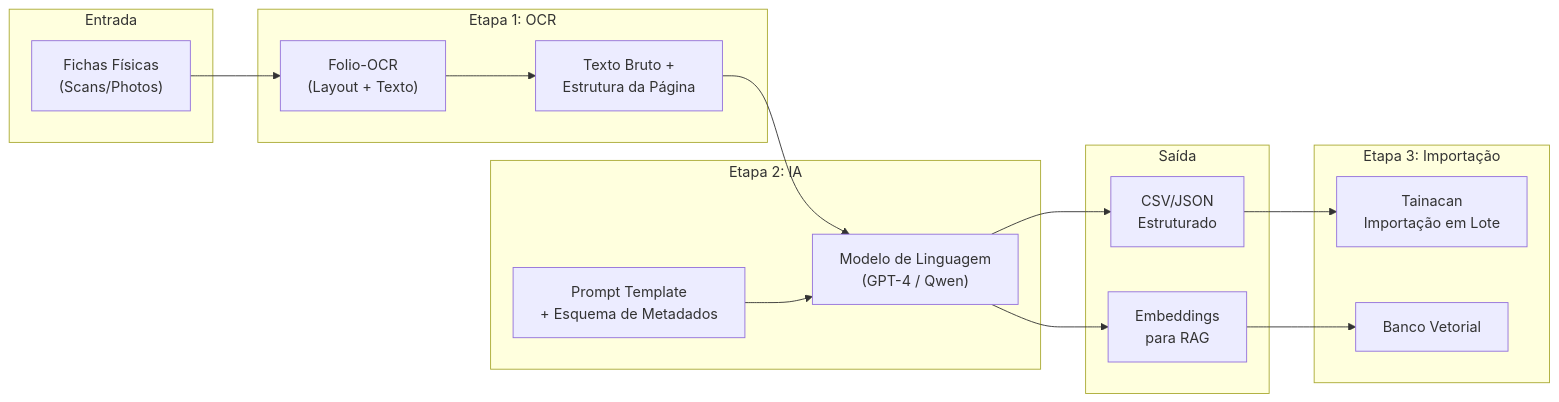
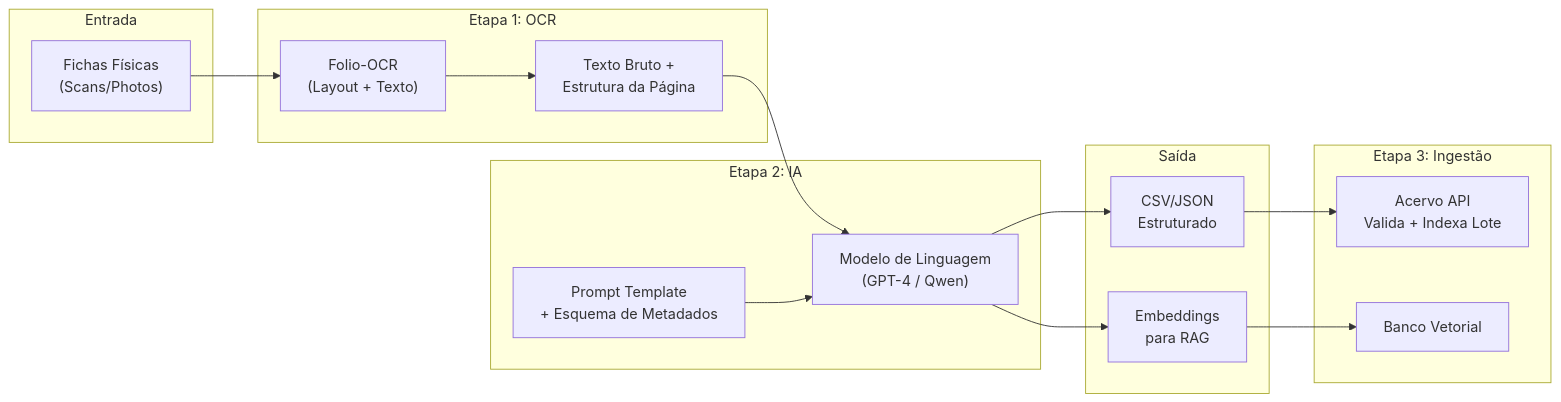
The second of 4 diagrams in docs/Musa_design document_technical-specs_v1.1.md (Agua-Games/Musa_app-service), drawn with Mermaid before and after one commit. The commit also changed other lines of this file and 6 other files, not shown here.

````diff
--- a/docs/Musa_design document_technical-specs_v1.1.md
+++ b/docs/Musa_design document_technical-specs_v1.1.md
@@ -161,35 +191,35 @@
 ```mermaid
 flowchart LR
     subgraph Input["Entrada"]
         Fichas["Fichas Físicas<br/>(Scans/Photos)"]
     end
     
     subgraph OCR["Etapa 1: OCR"]
         Folio["Folio-OCR<br/>(Layout + Texto)"]
         OutputOCR["Texto Bruto +<br/>Estrutura da Página"]
     end
     
     subgraph IA["Etapa 2: IA"]
         LLM["Modelo de Linguagem<br/>(GPT-4 / Qwen)"]
         Prompt["Prompt Template<br/>+ Esquema de Metadados"]
     end
     
     subgraph Output["Saída"]
         CSV["CSV/JSON<br/>Estruturado"]
         Embeddings["Embeddings<br/>para RAG"]
     end
     
-    subgraph Import["Etapa 3: Importação"]
-        Tainacan["Tainacan<br/>Importação em Lote"]
+    subgraph Import["Etapa 3: Ingestão"]
+        Catalog["Acervo API<br/>Valida + Indexa Lote"]
         VectorDB["Banco Vetorial"]
     end
     
     Fichas --> Folio
     Folio --> OutputOCR
     OutputOCR --> LLM
     Prompt --> LLM
     LLM --> CSV
     LLM --> Embeddings
-    CSV --> Tainacan
+    CSV --> Catalog
     Embeddings --> VectorDB
 ```
````
